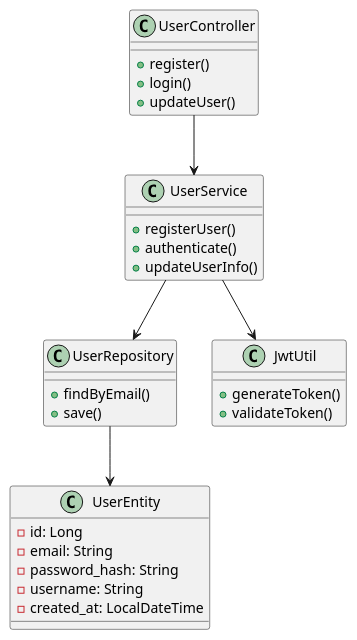
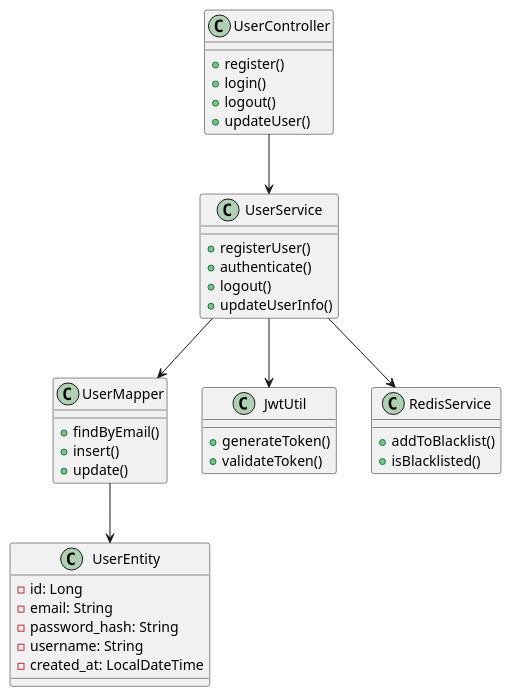
One commit to hutaoying/auth-demo changed the first of 12 diagrams in doc/Technical Design Document.md. Above: the diagram before and after it, drawn with PlantUML. The commit also changed other lines of this file and 25 other files, not shown here.

````diff
--- a/doc/Technical Design Document.md
+++ b/doc/Technical Design Document.md
@@ -13,33 +13,41 @@
 ```plantuml
 @startuml
 class UserController {
   +register()
   +login()
+  +logout()
   +updateUser()
 }
 class UserService {
   +registerUser()
   +authenticate()
+  +logout()
   +updateUserInfo()
 }
-class UserRepository {
+class UserMapper {
   +findByEmail()
-  +save()
+  +insert()
+  +update()
 }
 class UserEntity {
   -id: Long
   -email: String
   -password_hash: String
   -username: String
   -created_at: LocalDateTime
 }
 class JwtUtil {
   +generateToken()
   +validateToken()
 }
+class RedisService {
+  +addToBlacklist()
+  +isBlacklisted()
+}
 UserController --> UserService
-UserService --> UserRepository
+UserService --> UserMapper
 UserService --> JwtUtil
-UserRepository --> UserEntity
+UserService --> RedisService
+UserMapper --> UserEntity
 @enduml
 ```
````
